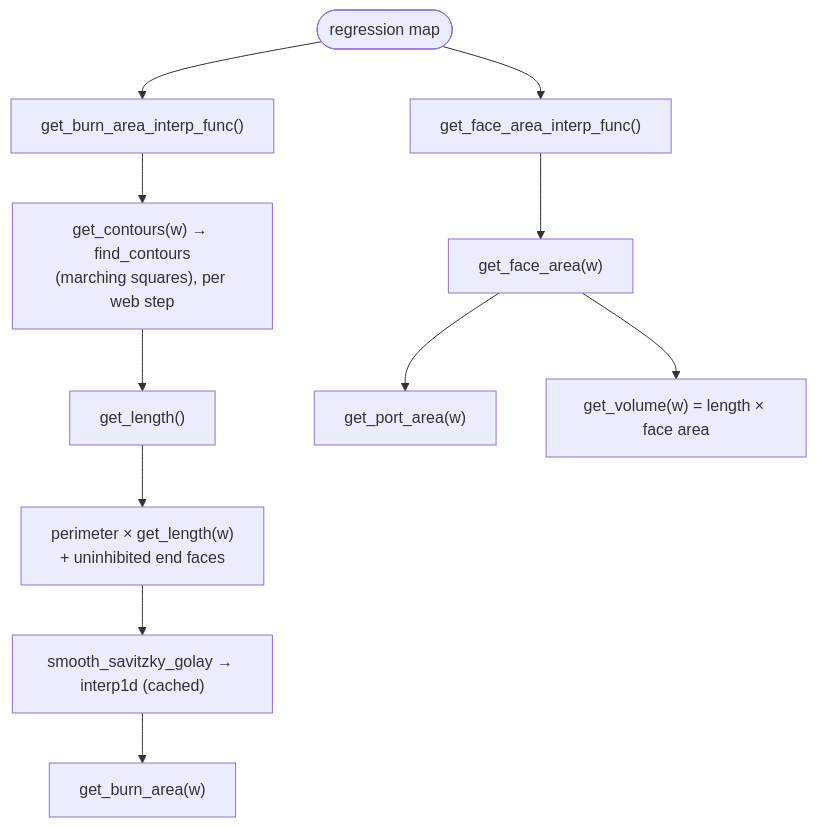
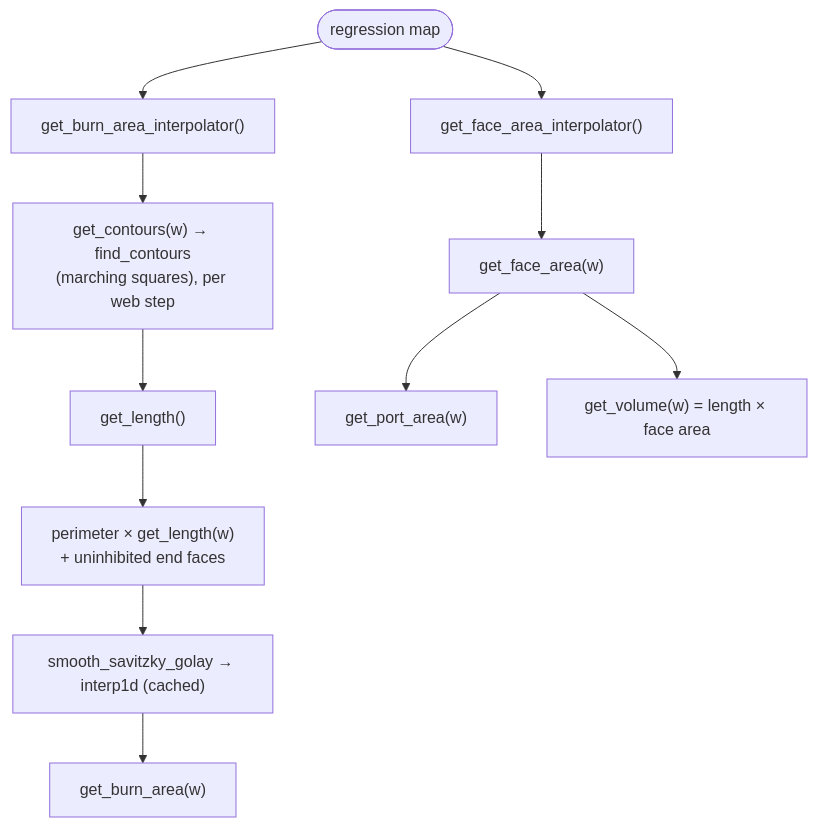
The second of 3 diagrams in docs/theory/grain_regression.md (felipebogaertsm/machwave), drawn with Mermaid before and after one commit. The commit also changed other lines of this file and 27 other files, not shown here.

````diff
--- a/docs/theory/grain_regression.md
+++ b/docs/theory/grain_regression.md
@@ -217,13 +217,13 @@
 ```mermaid
 flowchart TB
-    R(["regression map"]) --> BA["get_burn_area_interp_func()"]
-    R --> FA["get_face_area_interp_func()"]
+    R(["regression map"]) --> BA["get_burn_area_interpolator()"]
+    R --> FA["get_face_area_interpolator()"]
     BA --> CT["get_contours(w) → find_contours<br/>(marching squares), per web step"]
     CT --> LN["get_length()"]
     LN --> CO["perimeter × get_length(w)<br/>+ uninhibited end faces"]
     CO --> SG["smooth_savitzky_golay → interp1d (cached)"]
     SG --> BR["get_burn_area(w)"]
     FA --> FV["get_face_area(w)"]
     FV --> PA["get_port_area(w)"]
     FV --> VO["get_volume(w) = length × face area"]
 ```
````
